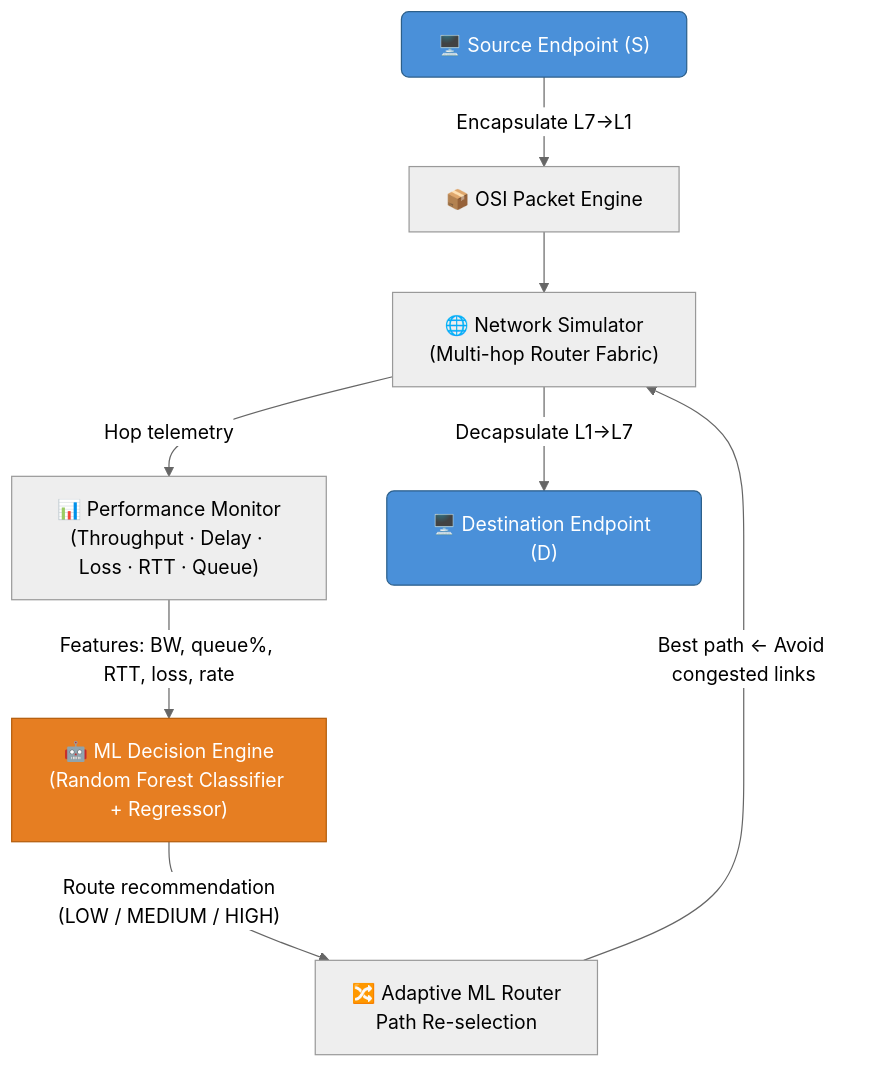
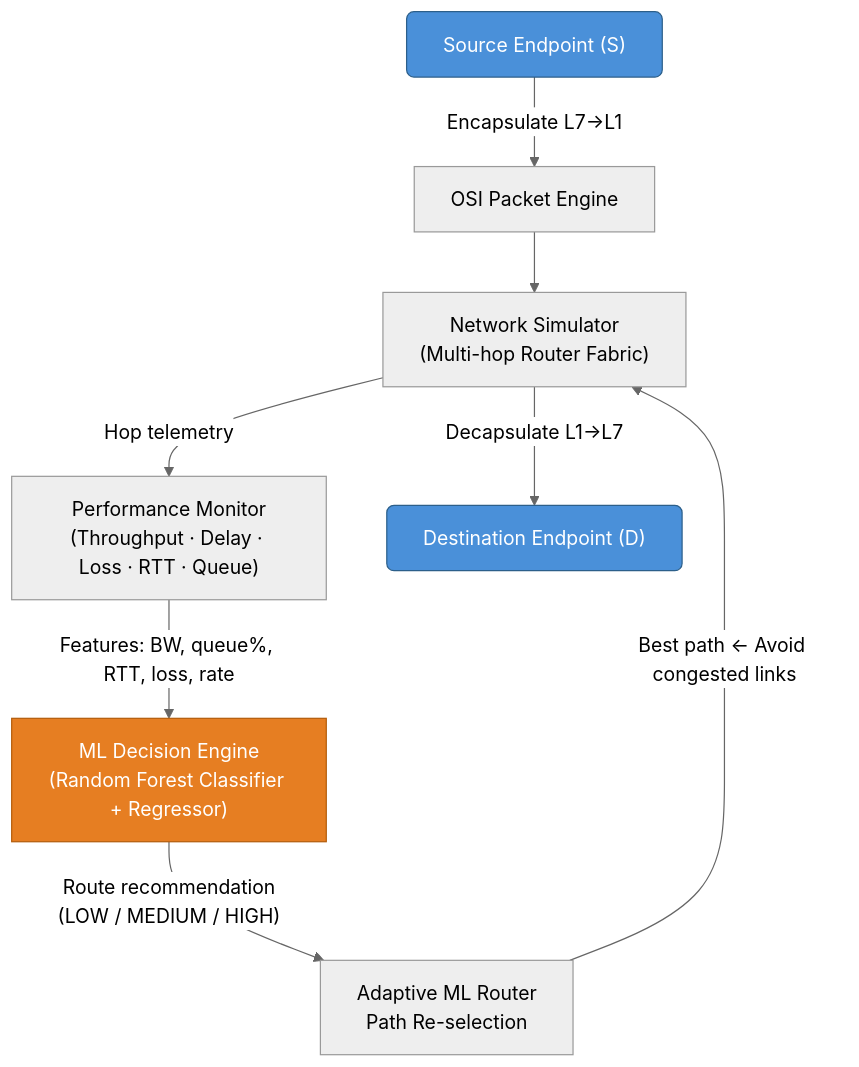
Before and after one commit to Eldo-John-Giby/Adaptive-Network-Routing-Congestion-Control: the first of 10 diagrams in README.md, drawn with Mermaid (neutral theme). The commit also changed other lines of this file, not shown here.

````diff
--- a/README.md
+++ b/README.md
@@ -63,15 +63,15 @@
 ```mermaid
 flowchart TD
-    A["🖥️ Source Endpoint (S)"]:::endpoint -->|"Encapsulate L7→L1"| B["📦 OSI Packet Engine"]
-    B --> C["🌐 Network Simulator\n(Multi-hop Router Fabric)"]
-    C -->|Hop telemetry| D["📊 Performance Monitor\n(Throughput · Delay · Loss · RTT · Queue)"]
-    D -->|"Features: BW, queue%, RTT, loss, rate"| E["🤖 ML Decision Engine\n(Random Forest Classifier + Regressor)"]
-    E -->|"Route recommendation\n(LOW / MEDIUM / HIGH)"| F["🔀 Adaptive ML Router\nPath Re-selection"]
-    F -->|"Best path ← Avoid congested links"| C
-    C -->|"Decapsulate L1→L7"| G["🖥️ Destination Endpoint (D)"]
+A[" Source Endpoint (S)"]:::endpoint -->|"Encapsulate L7→L1"| B[" OSI Packet Engine"]
+B --> C[" Network Simulator\n(Multi-hop Router Fabric)"]
+C -->|Hop telemetry| D[" Performance Monitor\n(Throughput · Delay · Loss · RTT · Queue)"]
+D -->|"Features: BW, queue%, RTT, loss, rate"| E[" ML Decision Engine\n(Random Forest Classifier + Regressor)"]
+E -->|"Route recommendation\n(LOW / MEDIUM / HIGH)"| F[" Adaptive ML Router\nPath Re-selection"]
+F -->|"Best path ← Avoid congested links"| C
+C -->|"Decapsulate L1→L7"| G[" Destination Endpoint (D)"]
 
-    classDef endpoint fill:#4a90d9,stroke:#2c5f8a,color:#fff,rx:6
-    classDef engine fill:#e67e22,stroke:#b35c0a,color:#fff
-    class A,G endpoint
-    class E engine
+classDef endpoint fill:#4a90d9,stroke:#2c5f8a,color:#fff,rx:6
+classDef engine fill:#e67e22,stroke:#b35c0a,color:#fff
+class A,G endpoint
+class E engine
 ```
````
